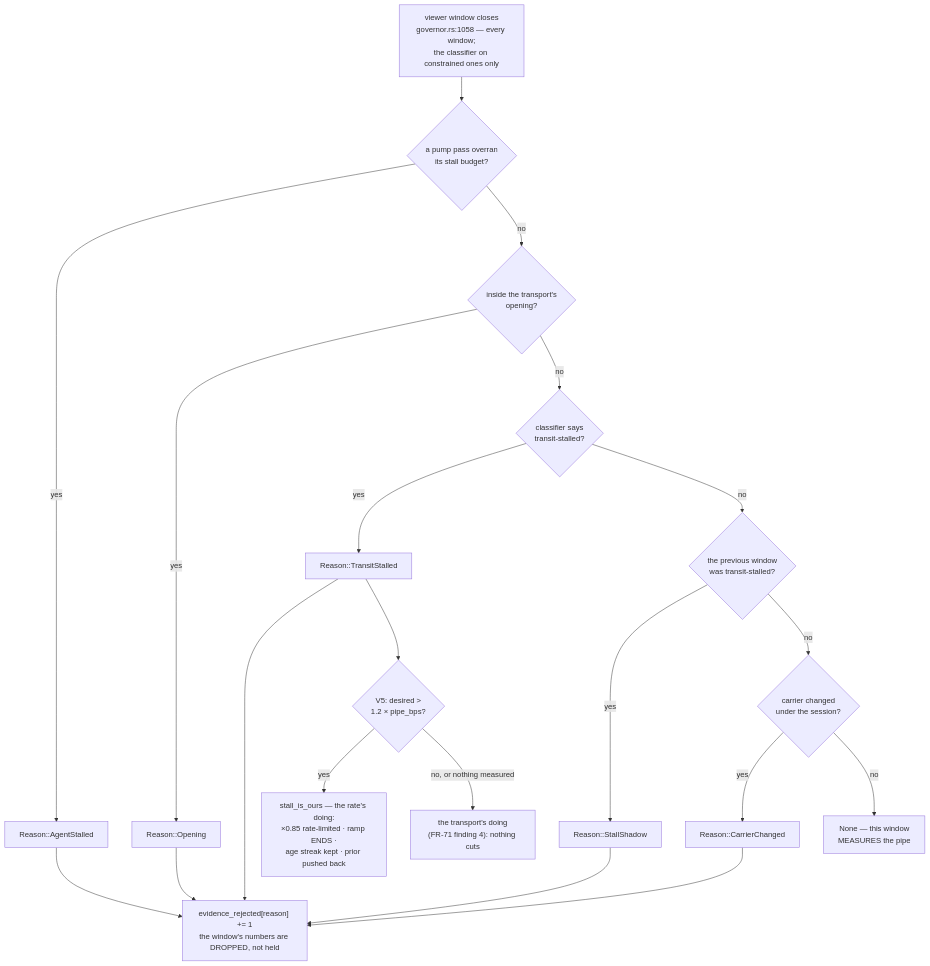
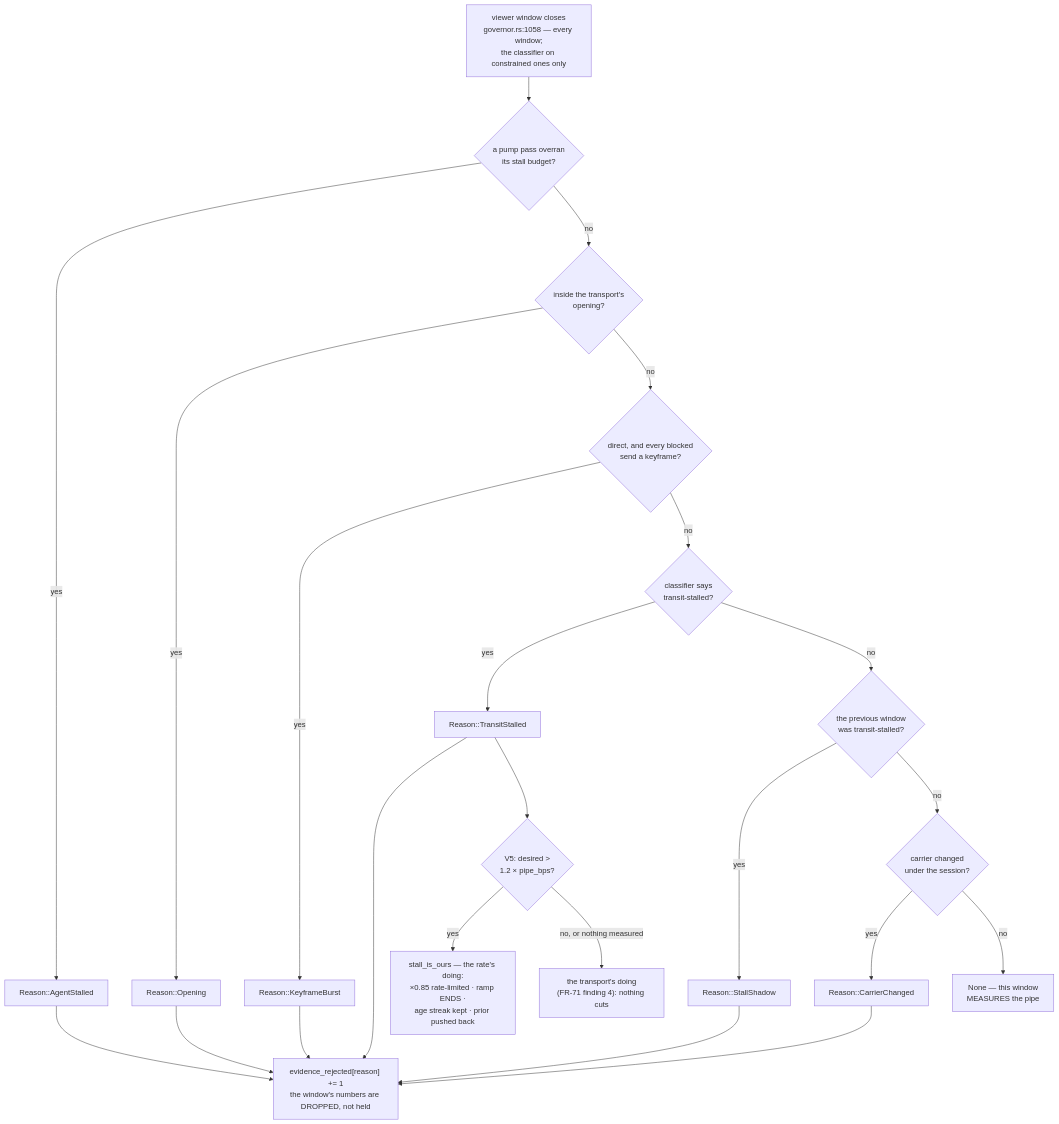
The first of 4 diagrams in docs/rate-control.md (gjovanov/roomler-ai), drawn with Mermaid before and after one commit. The commit also changed other lines of this file and 26 other files, not shown here.

````diff
--- a/docs/rate-control.md
+++ b/docs/rate-control.md
@@ -64,18 +80,20 @@
 ```mermaid
 flowchart TB
     W["viewer window closes<br/>governor.rs:1058 — every window;<br/>the classifier on constrained ones only"] --> A{"a pump pass overran<br/>its stall budget?"}
     A -- yes --> RA["Reason::AgentStalled"]
     A -- no --> O{"inside the transport's<br/>opening?"}
     O -- yes --> RO["Reason::Opening"]
-    O -- no --> T{"classifier says<br/>transit-stalled?"}
+    O -- no --> K{"direct, and every blocked<br/>send a keyframe?"}
+    K -- yes --> RK["Reason::KeyframeBurst"]
+    K -- no --> T{"classifier says<br/>transit-stalled?"}
     T -- yes --> RT["Reason::TransitStalled"]
     T -- no --> S{"the previous window<br/>was transit-stalled?"}
     S -- yes --> RS["Reason::StallShadow"]
     S -- no --> C{"carrier changed<br/>under the session?"}
     C -- yes --> RC["Reason::CarrierChanged"]
     C -- no --> OK["None — this window<br/>MEASURES the pipe"]
-    RA & RO & RT & RS & RC --> REJ["evidence_rejected[reason] += 1<br/>the window's numbers are DROPPED, not held"]
+    RA & RO & RK & RT & RS & RC --> REJ["evidence_rejected[reason] += 1<br/>the window's numbers are DROPPED, not held"]
     RT --> V5{"V5: desired ><br/>1.2 × pipe_bps?"}
     V5 -- yes --> OURS["stall_is_ours — the rate's doing:<br/>×0.85 rate-limited · ramp ENDS ·<br/>age streak kept · prior pushed back"]
     V5 -- "no, or nothing measured" --> HOLD["the transport's doing<br/>(FR-71 finding 4): nothing cuts"]
 ```
````
